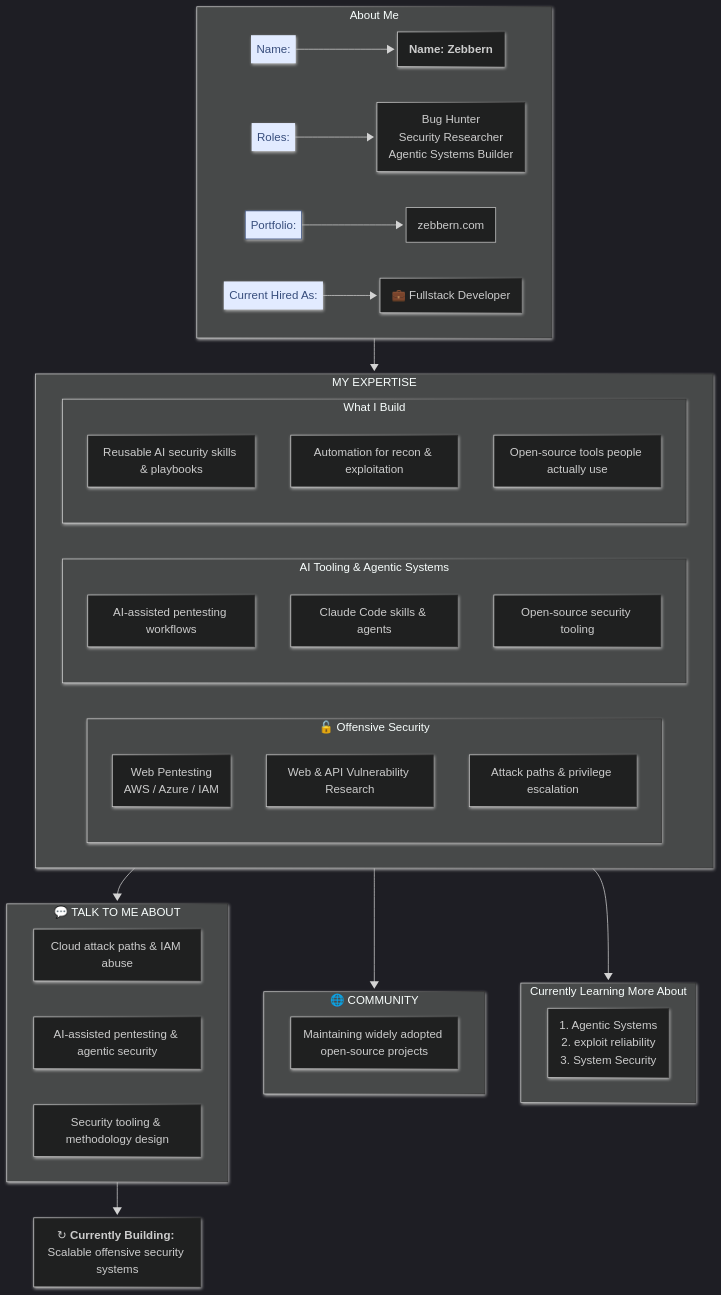
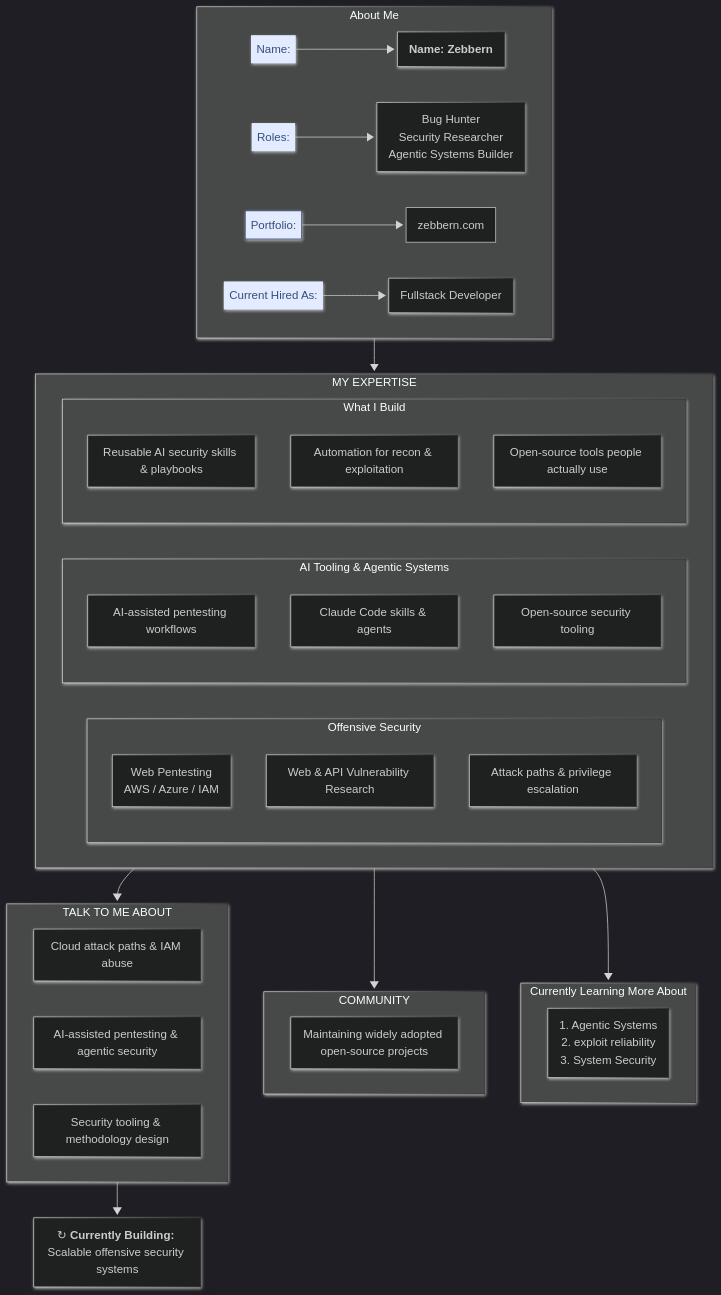
The diagram in README.md (zebbern/zebbern), drawn with Mermaid before and after one commit. The commit also changed other lines of this file, not shown here.

Commit message:
Update README formatting and content

````diff
--- a/README.md
+++ b/README.md
@@ -17,73 +17,73 @@
 ```mermaid
 ---
 config:
   theme: dark
   layout: fixed
   look: neo
 ---
 flowchart TB
  subgraph ID["About Me"]
         name["<b>Name: Zebbern</b>"]
         role["Bug Hunter
         Security Researcher
         Agentic Systems Builder"]
         web["zebbern.com"]
-        job["💼 Fullstack Developer"]
+        job["Fullstack Developer"]
         n1["Roles:"]
         n2["Portfolio:"]
         n3["Name:"]
         n4["Current Hired As:"]
   end
- subgraph SEC["🔓 Offensive Security"]
+ subgraph SEC["Offensive Security"]
         s1["Web Pentesting<br>AWS / Azure / IAM"]
         s2["Web & API Vulnerability Research"]
         s3["Attack paths & privilege escalation"]
   end
  subgraph AI["AI Tooling &amp; Agentic Systems"]
         a1["AI-assisted pentesting workflows"]
         a2["Claude Code skills &amp; agents"]
         a3["Open-source security tooling"]
   end
  subgraph BUILD["What I Build"]
         b1["Reusable AI security skills & playbooks"]
         b2["Automation for recon & exploitation"]
         b3["Open-source tools people actually use"]
   end
  subgraph EXPERTISE["MY EXPERTISE"]
         SEC
         AI
         BUILD
   end
  subgraph LEARNING["Currently Learning More About"]
         l1["1. Agentic Systems<br>2. exploit reliability<br>3. System Security"]
   end
- subgraph COMMUNITY["🌐 COMMUNITY"]
+ subgraph COMMUNITY["COMMUNITY"]
         c1["Maintaining widely adopted open-source projects"]
   end
- subgraph TALK["💬 TALK TO ME ABOUT"]
+ subgraph TALK["TALK TO ME ABOUT"]
         t1["Cloud attack paths & IAM abuse"]
         t2["AI-assisted pentesting & agentic security"]
         t3["Security tooling & methodology design"]
   end
     EXPERTISE --> LEARNING & COMMUNITY & TALK
     TALK --> updating["↻ <b>Currently Building:</b> Scalable offensive security systems"]
     n1 --> role
     n2 --> web
     n3 --> name
     n4 --> job
     ID --> EXPERTISE
 
     n1@{ shape: text}
     n2@{ shape: text}
     n3@{ shape: text}
     n4@{ shape: text}
      n1:::Sky
      n2:::Sky
      n3:::Sky
      n4:::Sky
     classDef Sky stroke-width:1px, stroke-dasharray:none, stroke:#374D7C, fill:#E2EBFF, color:#374D7C
     style n1 color:none,stroke:none
     style n3 color:none,stroke:none
     style n4 color:none,stroke:none
     click web "https://zebbern.com/"
 ```
````
